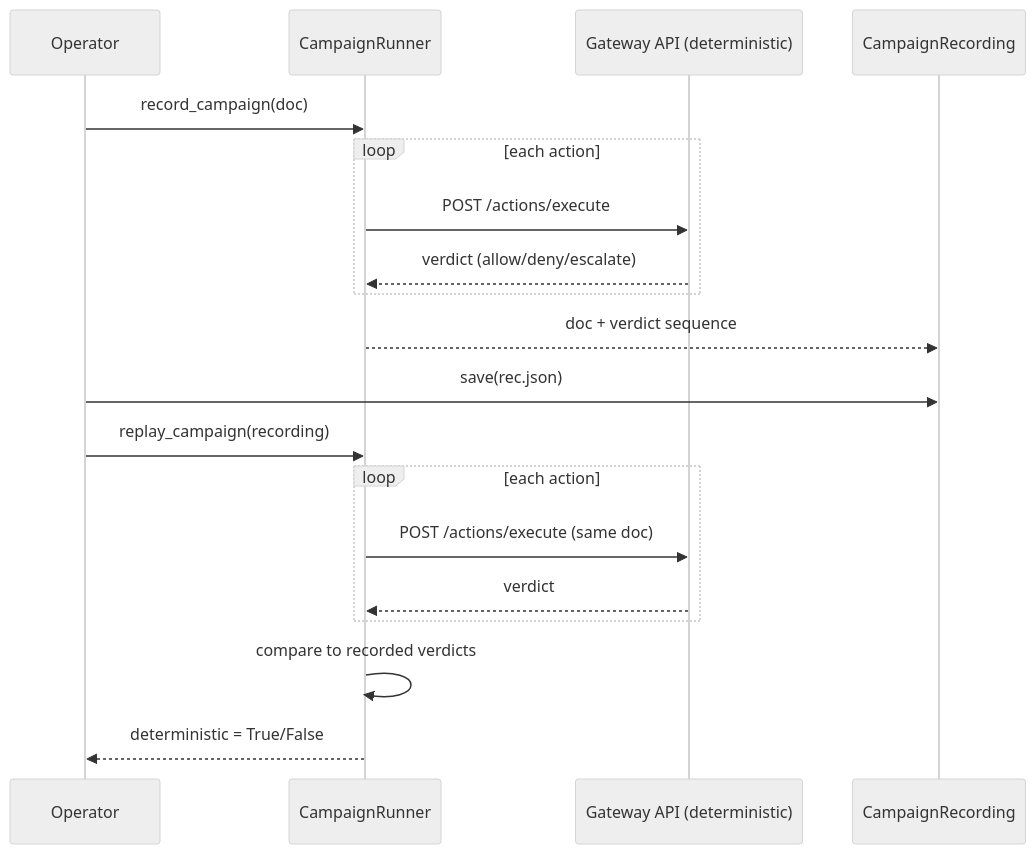
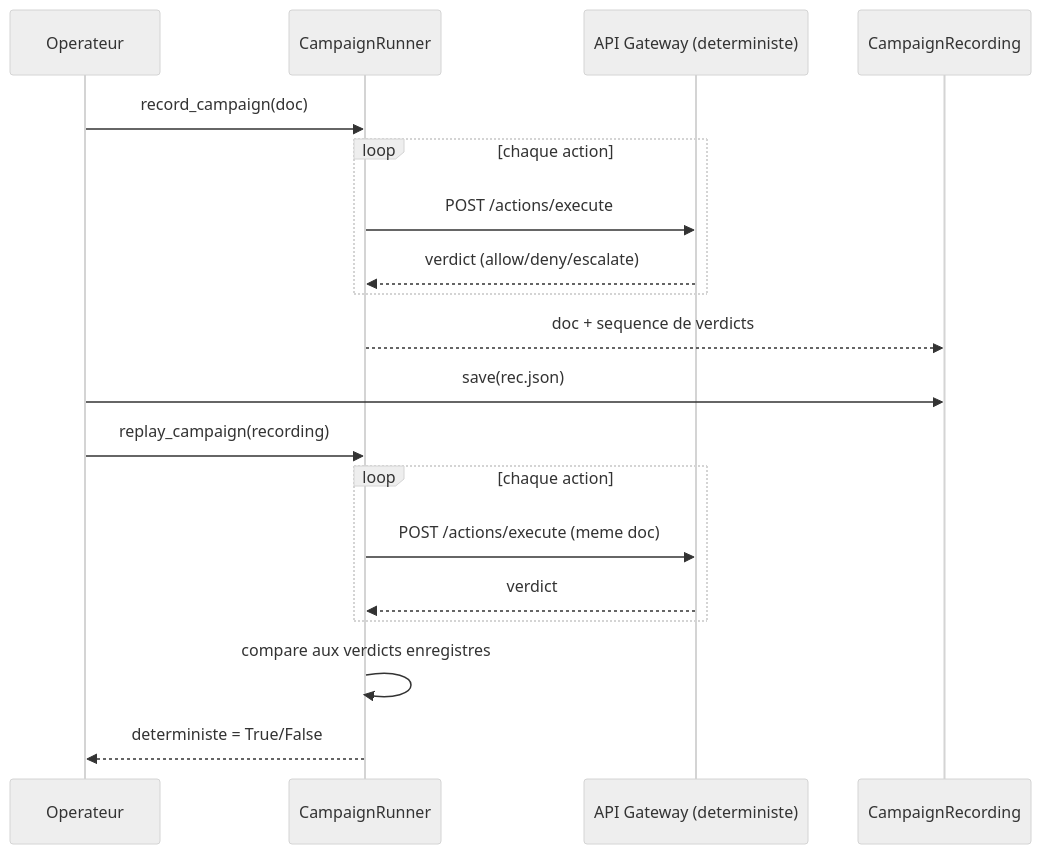
The fifth of 8 diagrams in docs/runbooks/replay-model.md (mo0ogly/recette_IA_agents), drawn with Mermaid (neutral theme) before and after one commit. The commit also changed other lines of this file and 25 other files, not shown here.

````diff
--- a/docs/runbooks/replay-model.md
+++ b/docs/runbooks/replay-model.md
@@ -128,23 +130,23 @@
 ```mermaid
 sequenceDiagram
-  participant Op as Operator
+  participant Op as Operateur
   participant Run as CampaignRunner
-  participant GW as Gateway API (deterministic)
+  participant GW as API Gateway (deterministe)
   participant Rec as CampaignRecording
 
   Op->>Run: record_campaign(doc)
-  loop each action
+  loop chaque action
     Run->>GW: POST /actions/execute
     GW-->>Run: verdict (allow/deny/escalate)
   end
-  Run-->>Rec: doc + verdict sequence
+  Run-->>Rec: doc + sequence de verdicts
   Op->>Rec: save(rec.json)
 
   Op->>Run: replay_campaign(recording)
-  loop each action
-    Run->>GW: POST /actions/execute (same doc)
+  loop chaque action
+    Run->>GW: POST /actions/execute (meme doc)
     GW-->>Run: verdict
   end
-  Run->>Run: compare to recorded verdicts
-  Run-->>Op: deterministic = True/False
+  Run->>Run: compare aux verdicts enregistres
+  Run-->>Op: deterministe = True/False
 ```
````
